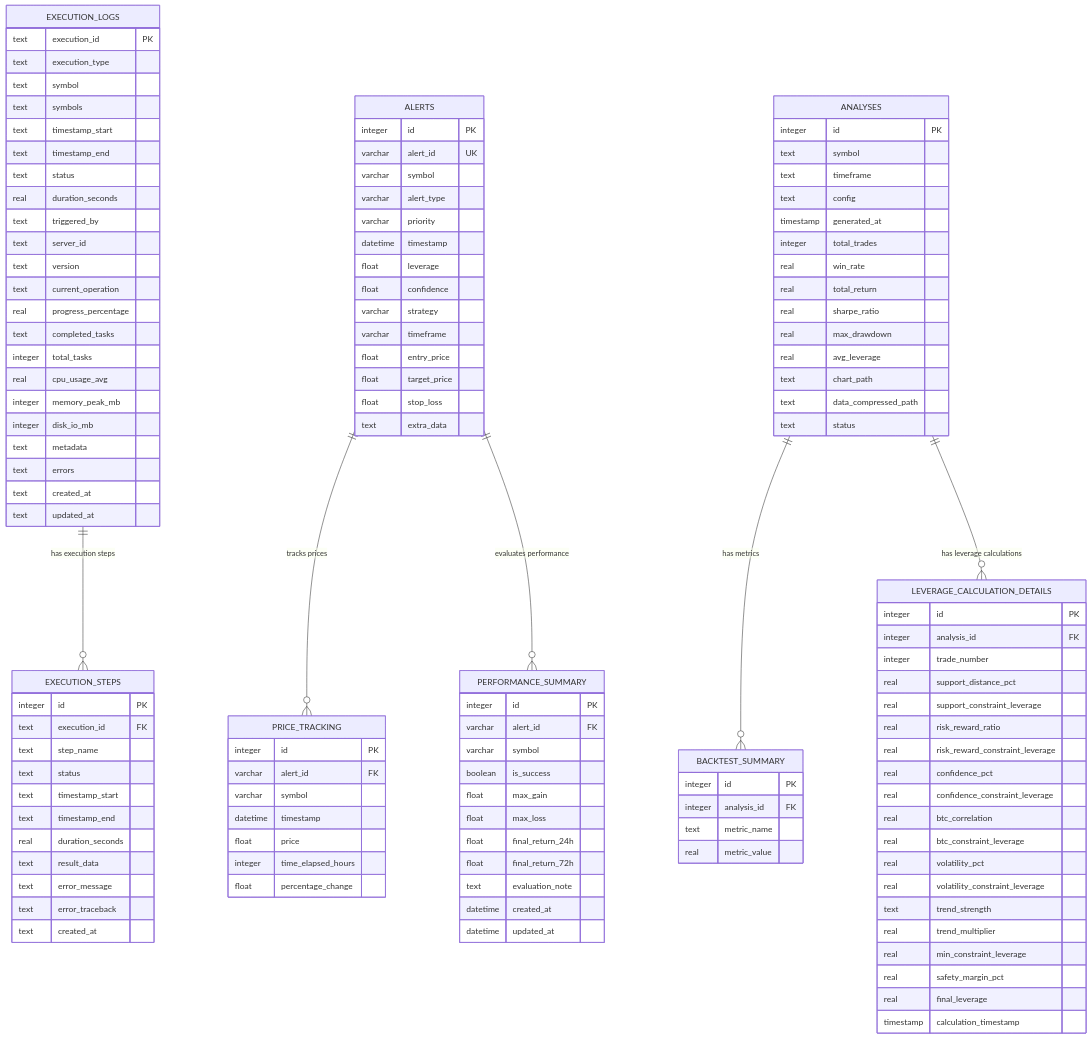
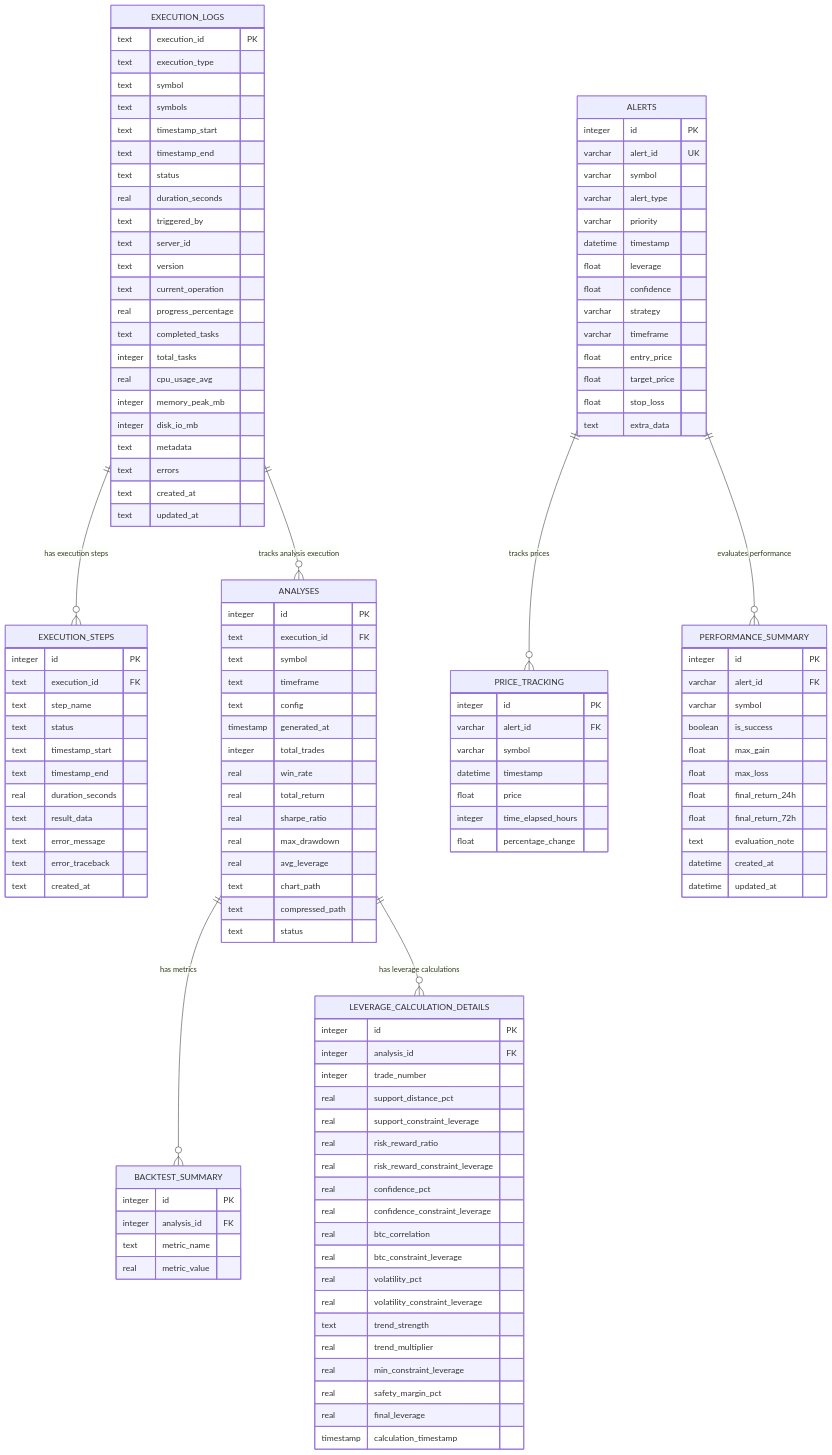
The diagram in database_er_diagram.md (taku247/long-trader), drawn with Mermaid before and after one commit. The commit also changed other lines of this file and 107 other files, not shown here.

First line of the commit message:
🔧 ER図更新&テスト環境統一実装

```diff
--- a/database_er_diagram.md
+++ b/database_er_diagram.md
@@ -99,6 +99,7 @@
     %% Large Scale Analysis Database
     ANALYSES {
         integer id PK
+        text execution_id FK
         text symbol
         text timeframe
         text config
@@ -110,7 +111,7 @@
         real max_drawdown
         real avg_leverage
         text chart_path
-        text data_compressed_path
+        text compressed_path
         text status
     }
 
@@ -145,6 +146,7 @@
 
     %% Relationships
     EXECUTION_LOGS ||--o{ EXECUTION_STEPS : "has execution steps"
+    EXECUTION_LOGS ||--o{ ANALYSES : "tracks analysis execution"
     ALERTS ||--o{ PRICE_TRACKING : "tracks prices"
     ALERTS ||--o{ PERFORMANCE_SUMMARY : "evaluates performance"
     ANALYSES ||--o{ BACKTEST_SUMMARY : "has metrics"
```
